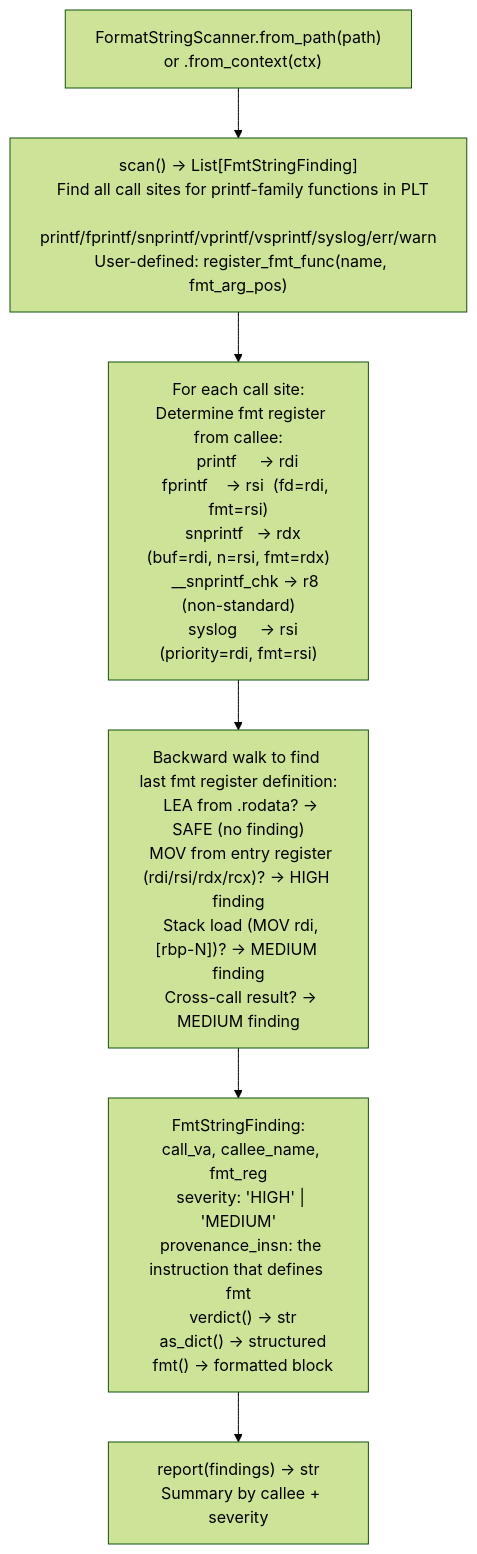
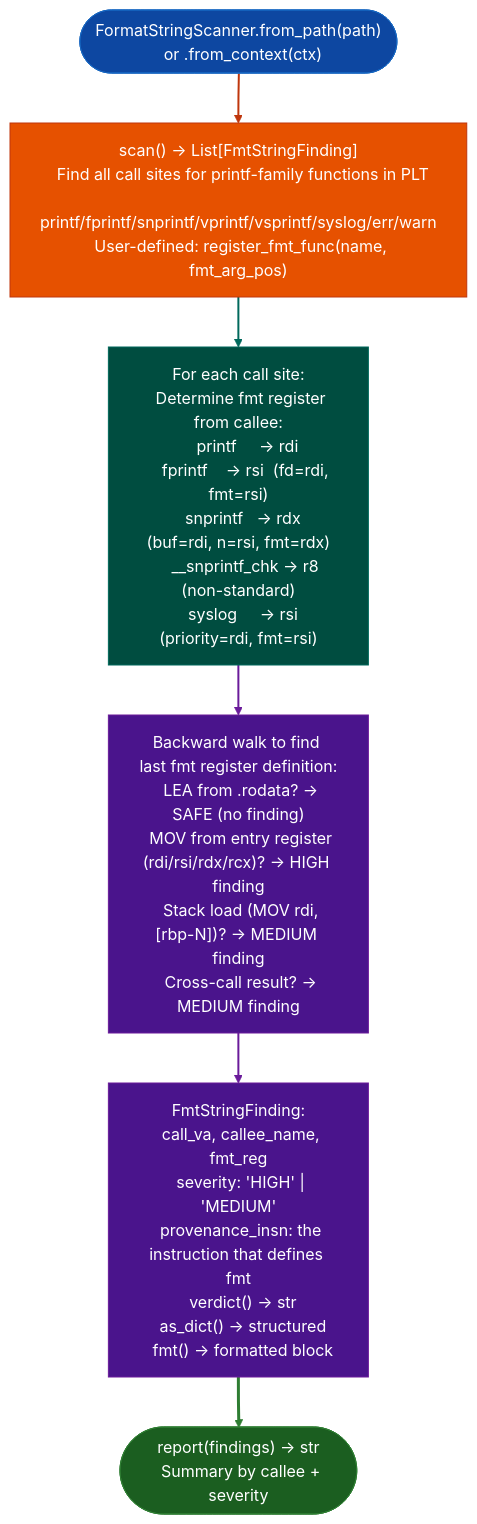
Before and after one commit to Ablation-Tool/ablation: the diagram in docs/reference-modules/format-string-scanning.md, drawn with Mermaid (forest theme). The commit also changed 320 other files, not shown here.

First line of the commit message:
docs: apply canonical Mermaid template to all 321 diagrams

````diff
--- a/docs/reference-modules/format-string-scanning.md
+++ b/docs/reference-modules/format-string-scanning.md
@@ -19,8 +19,19 @@
 ```mermaid
 flowchart TD
-    A["FormatStringScanner.from_path(path)\n  or .from_context(ctx)"] --> B["scan() → List[FmtStringFinding]\n  Find all call sites for printf-family functions in PLT\n  printf/fprintf/snprintf/vprintf/vsprintf/syslog/err/warn\n  User-defined: register_fmt_func(name, fmt_arg_pos)"]
-    B --> C["For each call site:\n  Determine fmt register from callee:\n    printf     → rdi\n    fprintf    → rsi  (fd=rdi, fmt=rsi)\n    snprintf   → rdx  (buf=rdi, n=rsi, fmt=rdx)\n    __snprintf_chk → r8 (non-standard)\n    syslog     → rsi  (priority=rdi, fmt=rsi)"]
-    C --> D["Backward walk to find last fmt register definition:\n  LEA from .rodata? → SAFE (no finding)\n  MOV from entry register (rdi/rsi/rdx/rcx)? → HIGH finding\n  Stack load (MOV rdi, [rbp-N])? → MEDIUM finding\n  Cross-call result? → MEDIUM finding"]
-    D --> E["FmtStringFinding:\n  call_va, callee_name, fmt_reg\n  severity: 'HIGH' | 'MEDIUM'\n  provenance_insn: the instruction that defines fmt\n  verdict() → str\n  as_dict() → structured\n  fmt() → formatted block"]
-    E --> F["report(findings) → str\n  Summary by callee + severity"]
+    A(["FormatStringScanner.from_path(path)\n  or .from_context(ctx)"]):::input --> B["scan() → List[FmtStringFinding]\n  Find all call sites for printf-family functions in PLT\n  printf/fprintf/snprintf/vprintf/vsprintf/syslog/err/warn\n  User-defined: register_fmt_func(name, fmt_arg_pos)"]:::primary
+    B:::primary --> C["For each call site:\n  Determine fmt register from callee:\n    printf     → rdi\n    fprintf    → rsi  (fd=rdi, fmt=rsi)\n    snprintf   → rdx  (buf=rdi, n=rsi, fmt=rdx)\n    __snprintf_chk → r8 (non-standard)\n    syslog     → rsi  (priority=rdi, fmt=rsi)"]:::secondary
+    C:::secondary --> D["Backward walk to find last fmt register definition:\n  LEA from .rodata? → SAFE (no finding)\n  MOV from entry register (rdi/rsi/rdx/rcx)? → HIGH finding\n  Stack load (MOV rdi, [rbp-N])? → MEDIUM finding\n  Cross-call result? → MEDIUM finding"]:::tertiary
+    D:::tertiary --> E["FmtStringFinding:\n  call_va, callee_name, fmt_reg\n  severity: 'HIGH' | 'MEDIUM'\n  provenance_insn: the instruction that defines fmt\n  verdict() → str\n  as_dict() → structured\n  fmt() → formatted block"]:::tertiary
+    E:::tertiary --> F(["report(findings) → str\n  Summary by callee + severity"]):::output
+    classDef input     fill:#0d47a1,stroke:#1565c0,color:#fff
+    classDef primary   fill:#e65100,stroke:#bf360c,color:#fff
+    classDef secondary fill:#004d40,stroke:#00695c,color:#fff
+    classDef tertiary  fill:#4a148c,stroke:#6a1b9a,color:#fff
+    classDef neutral   fill:#37474f,stroke:#546e7a,color:#fff
+    classDef output    fill:#1b5e20,stroke:#2e7d32,color:#fff
+    linkStyle 0 stroke:#bf360c,stroke-width:2px
+    linkStyle 1 stroke:#00695c,stroke-width:2px
+    linkStyle 2 stroke:#6a1b9a,stroke-width:2px
+    linkStyle 3 stroke:#6a1b9a,stroke-width:2px
+    linkStyle 4 stroke:#2e7d32,stroke-width:3px
 ```
````
